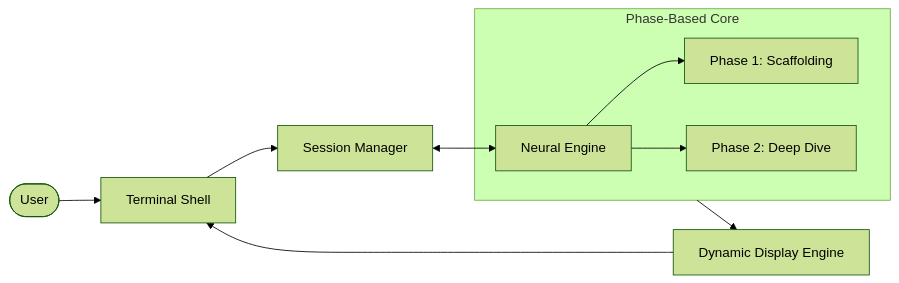
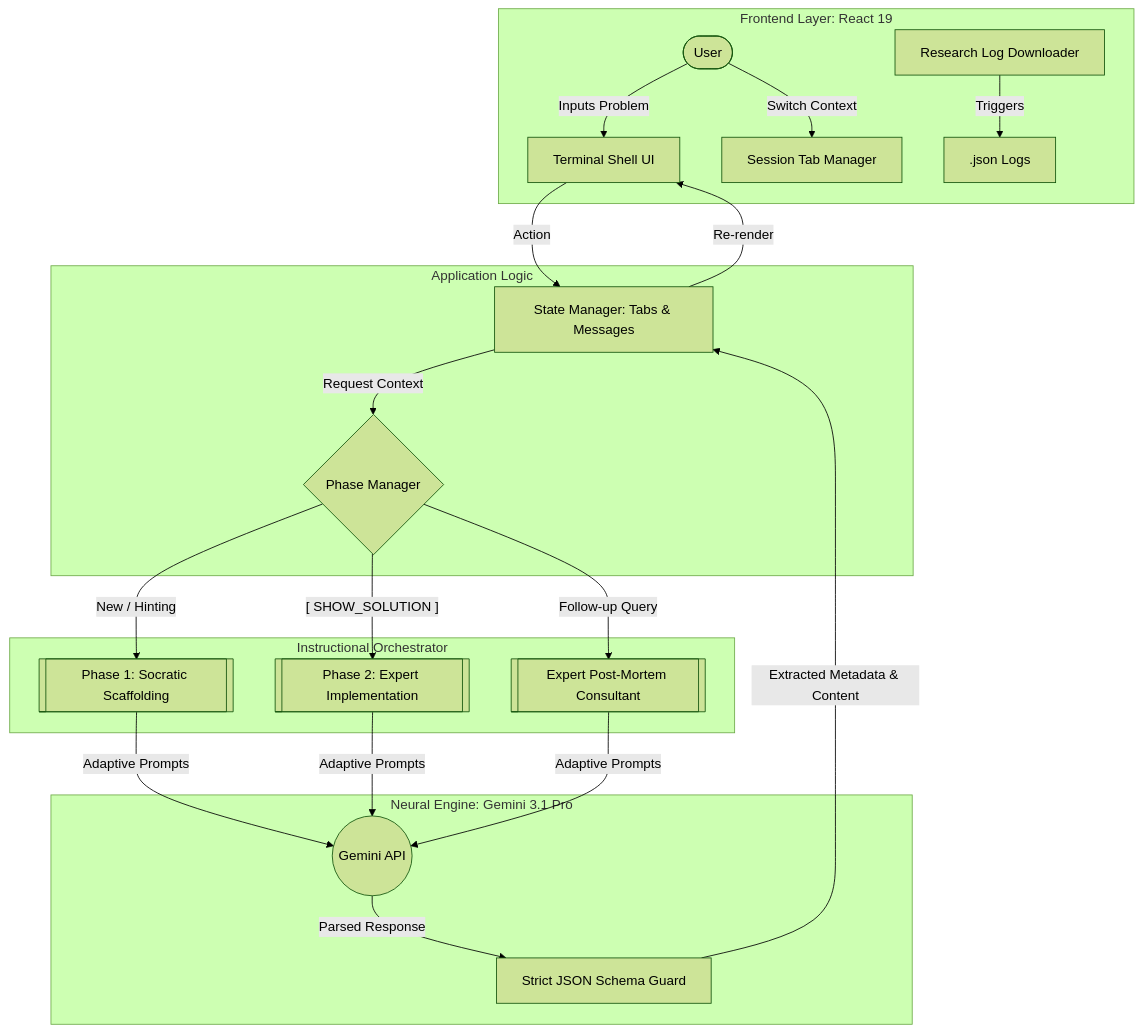
Before and after one commit to MTE1991/HintFlow: the diagram in README.md, drawn with Mermaid (forest theme). The commit also changed other lines of this file, not shown here.

Commit message:
feat: Update README architecture diagram
Refine the system architecture diagram in the README to better reflect the updated components and data flow within HintFlow, including specific UI elements and AI model interactions.

````diff
--- a/README.md
+++ b/README.md
@@ -67,14 +68,42 @@
 ```mermaid
-graph LR
-    User([User]) --> Terminal[Terminal Shell]
-    Terminal --> State[Session Manager]
-    State <--> AI[Neural Engine]
-    
-    subgraph Execution [Phase-Based Core]
-        AI --> HINTS[Phase 1: Scaffolding]
-        AI --> SOLUTIONS[Phase 2: Deep Dive]
+graph TD
+    subgraph UI [Frontend Layer: React 19]
+        U([User])
+        Terminal[Terminal Shell UI]
+        Tabs[Session Tab Manager]
+        LogExport[Research Log Downloader]
+        
+        U -- Inputs Problem --> Terminal
+        U -- Switch Context --> Tabs
+        LogExport -- Triggers --> Export[.json Logs]
     end
-    
-    Execution --> Rendering[Dynamic Display Engine]
-    Rendering --> Terminal
+
+    subgraph APP [Application Logic]
+        SM[State Manager: Tabs & Messages]
+        PM{Phase Manager}
+        
+        Terminal -- Action --> SM
+        SM -- Request Context --> PM
+    end
+
+    subgraph CORE [Instructional Orchestrator]
+        P1[[Phase 1: Socratic Scaffolding]]
+        P2[[Phase 2: Expert Implementation]]
+        P3[[Expert Post-Mortem Consultant]]
+        
+        PM -- "New / Hinting" --> P1
+        PM -- "[ SHOW_SOLUTION ]" --> P2
+        PM -- "Follow-up Query" --> P3
+    end
+
+    subgraph LLM [Neural Engine: Gemini 3.1 Pro]
+        G((Gemini API))
+        SJ[Strict JSON Schema Guard]
+        
+        P1 & P2 & P3 -- Adaptive Prompts --> G
+        G -- Parsed Response --> SJ
+    end
+
+    SJ -- "Extracted Metadata & Content" --> SM
+    SM -- Re-render --> Terminal
 ```
````
